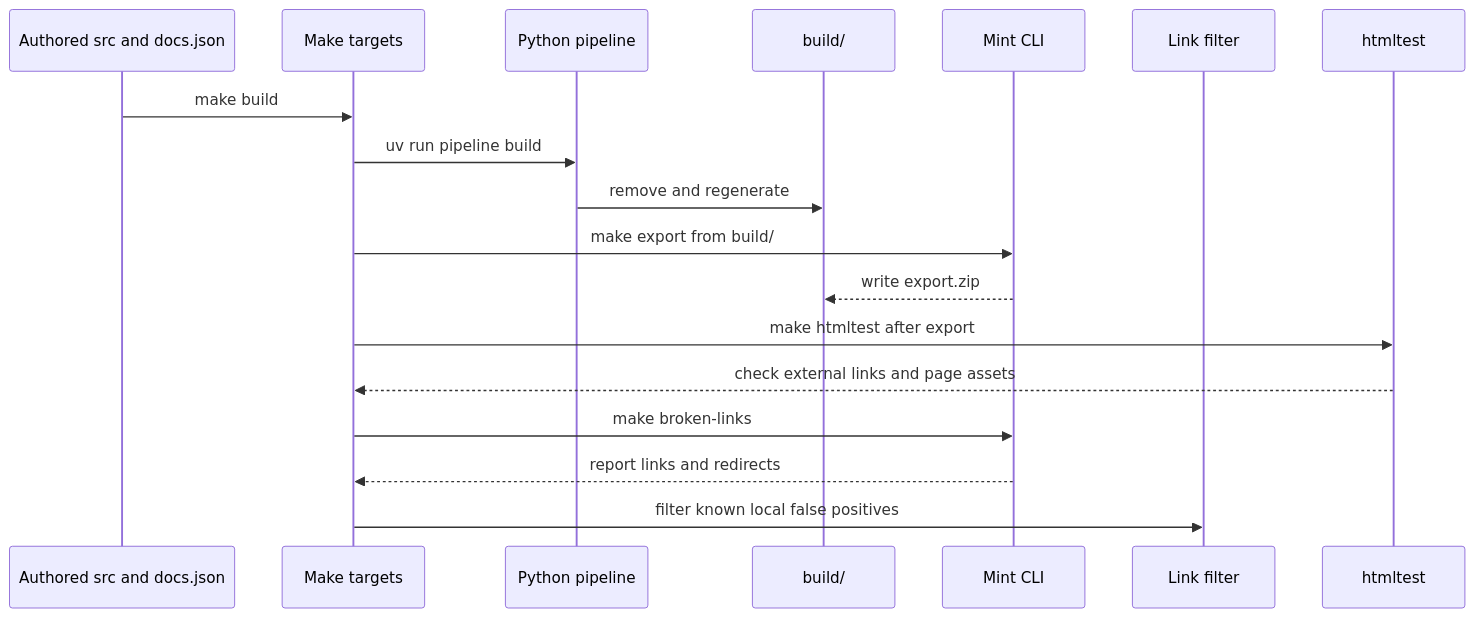
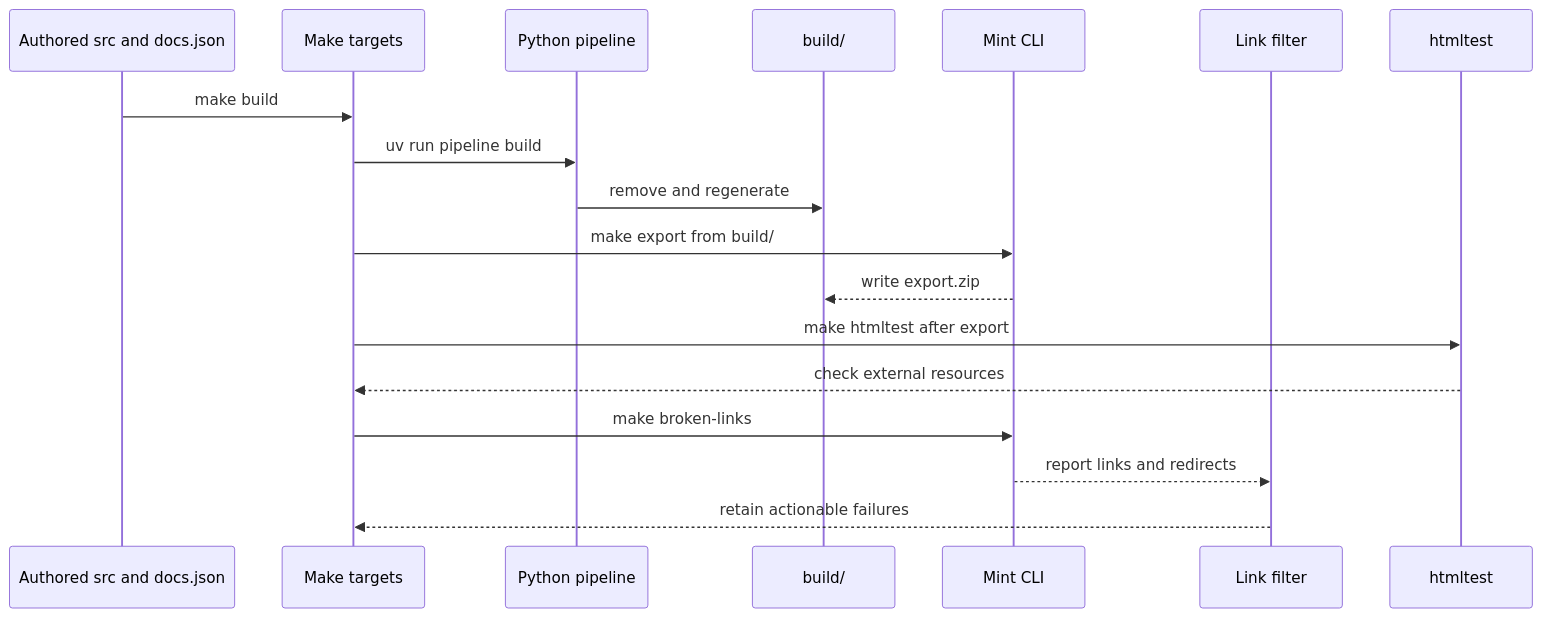
The diagram in openwiki/integrations/mintlify.md (langchain-ai/docs), drawn with Mermaid before and after one commit. The commit also changed other lines of this file and 42 other files, not shown here.

````diff
--- a/openwiki/integrations/mintlify.md
+++ b/openwiki/integrations/mintlify.md
@@ -31,21 +41,21 @@
 ```mermaid
 sequenceDiagram
     participant Author as Authored src and docs.json
     participant Make as Make targets
     participant Pipeline as Python pipeline
     participant Build as build/
     participant Mint as Mint CLI
     participant Filter as Link filter
     participant HTML as htmltest
 
     Author->>Make: make build
     Make->>Pipeline: uv run pipeline build
     Pipeline->>Build: remove and regenerate
     Make->>Mint: make export from build/
     Mint-->>Build: write export.zip
     Make->>HTML: make htmltest after export
-    HTML-->>Make: check external links and page assets
+    HTML-->>Make: check external resources
     Make->>Mint: make broken-links
-    Mint-->>Make: report links and redirects
-    Make->>Filter: filter known local false positives
+    Mint-->>Filter: report links and redirects
+    Filter-->>Make: retain actionable failures
 ```
````
